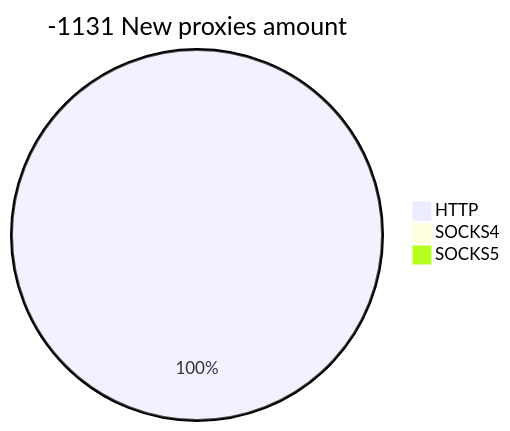
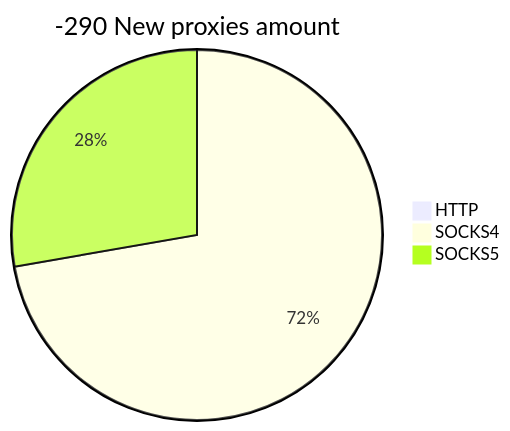
The second of 2 diagrams in README.md (cutipu/proxylist), drawn with Mermaid before and after one commit. The commit also changed other lines of this file, not shown here.

````diff
--- a/README.md
+++ b/README.md
@@ -10,6 +10,6 @@
 ```mermaid
-pie title -1131 New proxies amount
-    "HTTP" : 31
-    "SOCKS4" : 0
-    "SOCKS5" : 0
+pie title -290 New proxies amount
+    "HTTP" : 0
+    "SOCKS4" : 396
+    "SOCKS5" : 152
 ```
````
